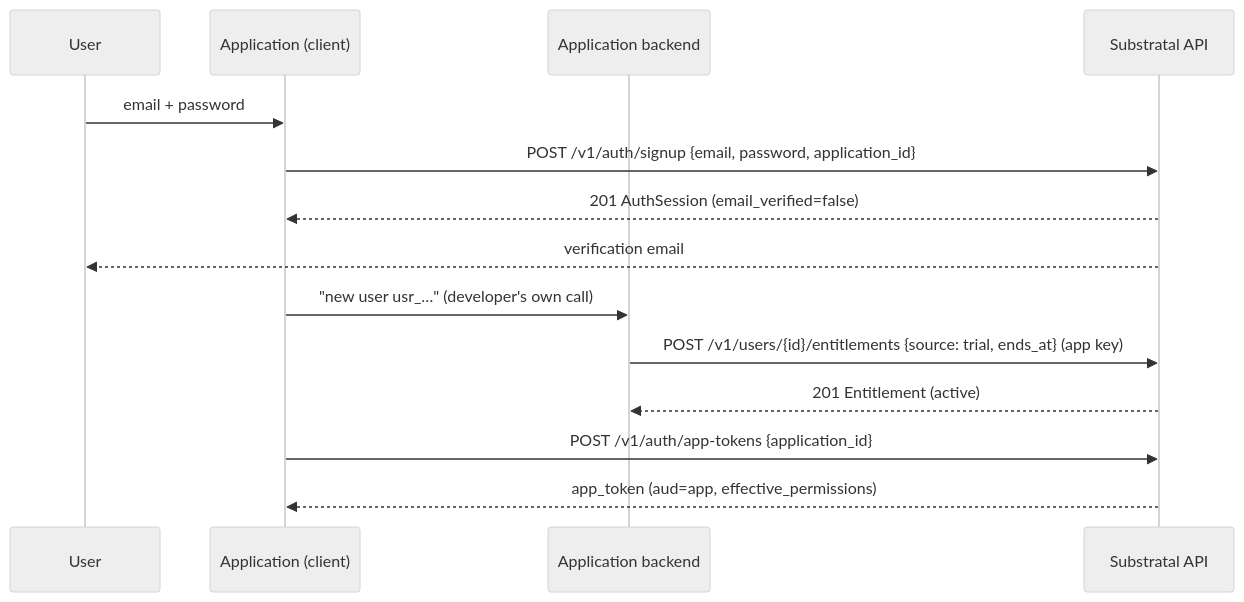
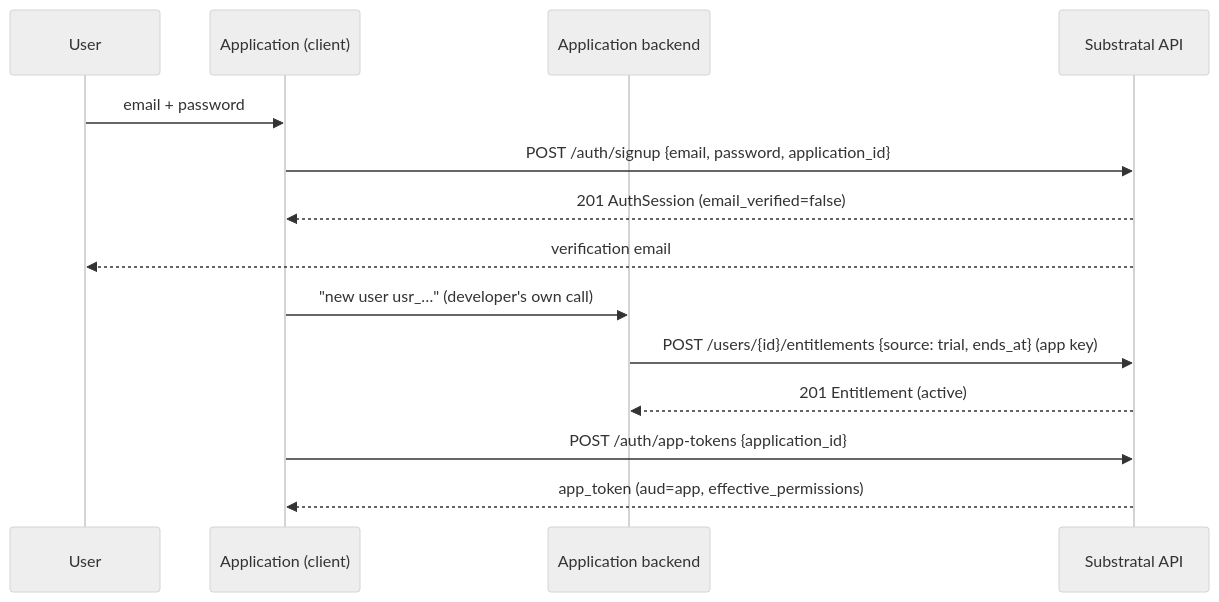
Before and after one commit to CompositeCode/substratalapps.com: the first of 3 diagrams in docs/workflows.md, drawn with Mermaid (neutral theme). The commit also changed other lines of this file and 77 other files, not shown here.

````diff
--- a/docs/workflows.md
+++ b/docs/workflows.md
@@ -22,17 +22,17 @@
 ```mermaid
 sequenceDiagram
     participant User
     participant App as Application (client)
     participant Backend as Application backend
     participant Hub as Substratal API
 
     User->>App: email + password
-    App->>Hub: POST /v1/auth/signup {email, password, application_id}
+    App->>Hub: POST /auth/signup {email, password, application_id}
     Hub-->>App: 201 AuthSession (email_verified=false)
     Hub-->>User: verification email
     App->>Backend: "new user usr_…" (developer's own call)
-    Backend->>Hub: POST /v1/users/{id}/entitlements {source: trial, ends_at} (app key)
+    Backend->>Hub: POST /users/{id}/entitlements {source: trial, ends_at} (app key)
     Hub-->>Backend: 201 Entitlement (active)
-    App->>Hub: POST /v1/auth/app-tokens {application_id}
+    App->>Hub: POST /auth/app-tokens {application_id}
     Hub-->>App: app_token (aud=app, effective_permissions)
 ```
````
